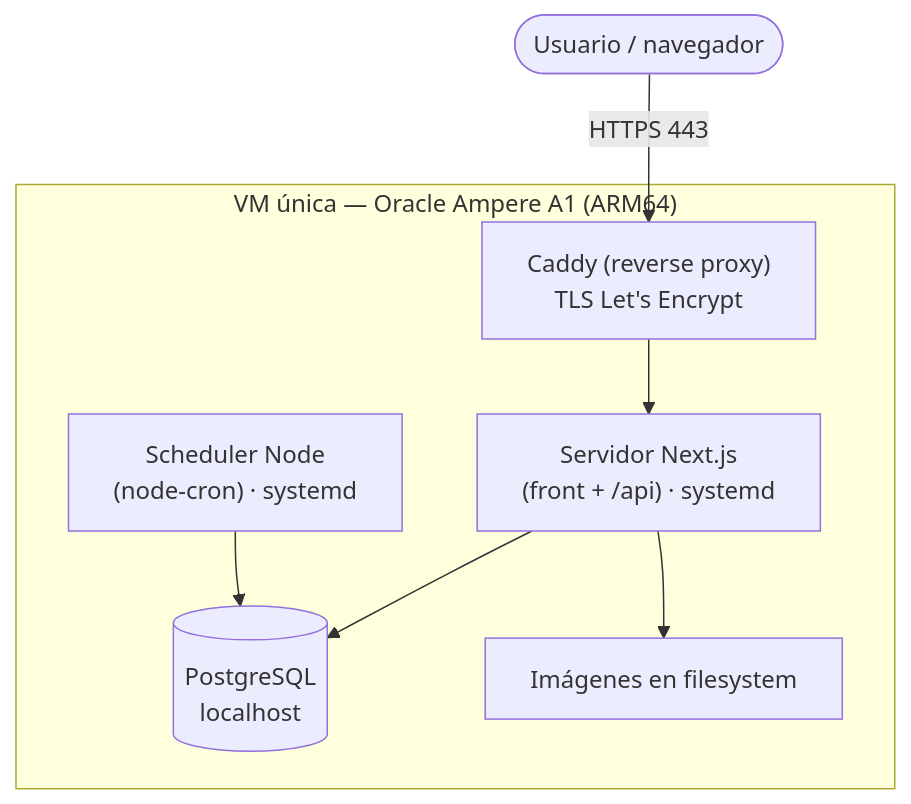
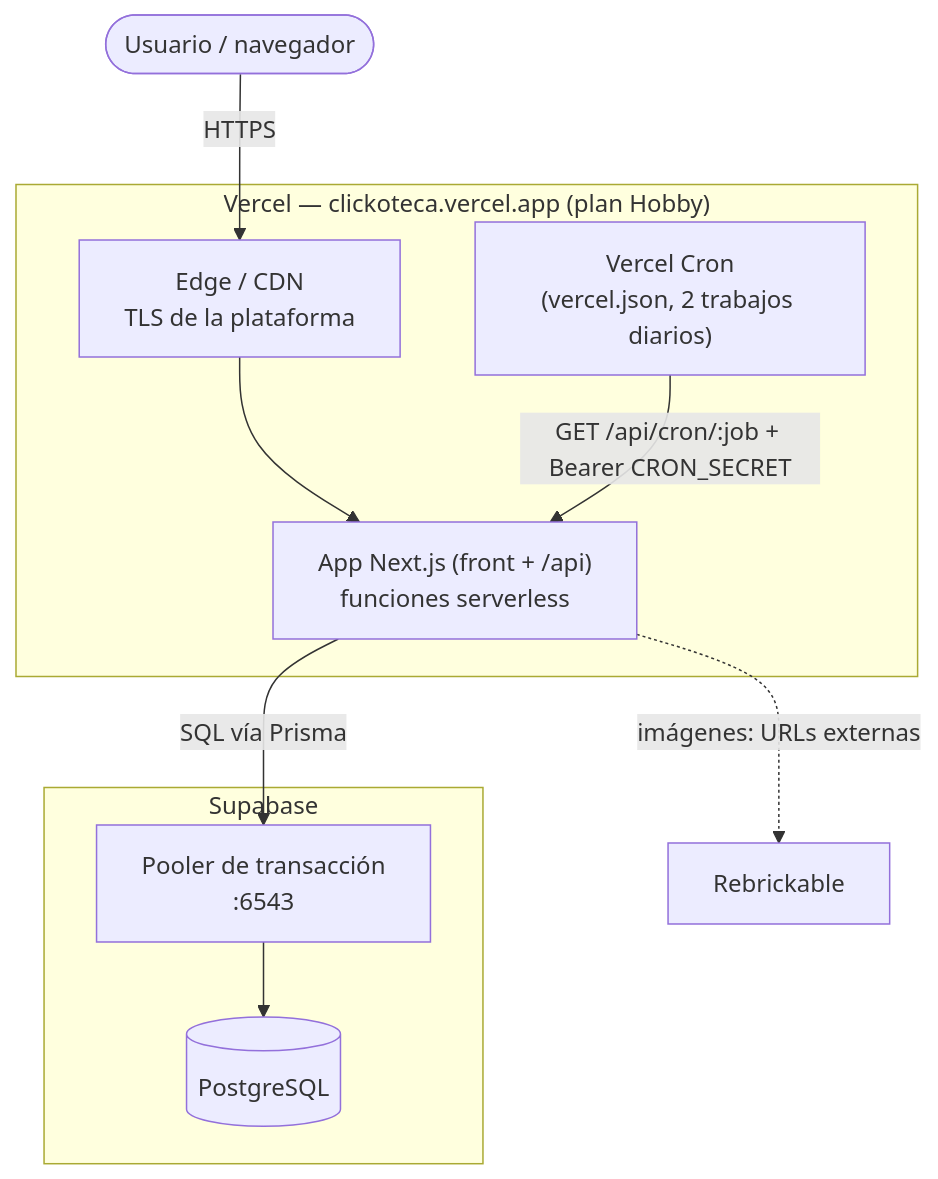
The second of 3 diagrams in readme.md (LIDR-academy/AI4Devs-finalproject), drawn with Mermaid before and after one commit. The commit also changed other lines of this file and 18 other files, not shown here.

````diff
--- a/readme.md
+++ b/readme.md
@@ -437,15 +461,18 @@
 ```mermaid
 flowchart TB
-    user([Usuario / navegador]) -->|HTTPS 443| caddy
-    subgraph vm["VM única — Oracle Ampere A1 (ARM64)"]
-        caddy["Caddy (reverse proxy)<br/>TLS Let's Encrypt"]
-        next["Servidor Next.js<br/>(front + /api) · systemd"]
-        sched["Scheduler Node<br/>(node-cron) · systemd"]
-        pg[("PostgreSQL<br/>localhost")]
-        fs["Imágenes en filesystem"]
-        caddy --> next
-        next --> pg
-        sched --> pg
-        next --> fs
+    user([Usuario / navegador]) -->|HTTPS| edge
+    subgraph vercel["Vercel — clickoteca.vercel.app (plan Hobby)"]
+        edge["Edge / CDN<br/>TLS de la plataforma"]
+        next["App Next.js (front + /api)<br/>funciones serverless"]
+        cron["Vercel Cron<br/>(vercel.json, 2 trabajos diarios)"]
+        edge --> next
+        cron -->|GET /api/cron/:job + Bearer CRON_SECRET| next
     end
+    subgraph supabase["Supabase"]
+        pooler["Pooler de transacción<br/>:6543"]
+        pg[("PostgreSQL")]
+        pooler --> pg
+    end
+    next -->|SQL vía Prisma| pooler
+    next -.->|imágenes: URLs externas| rb["Rebrickable"]
 ```
````
